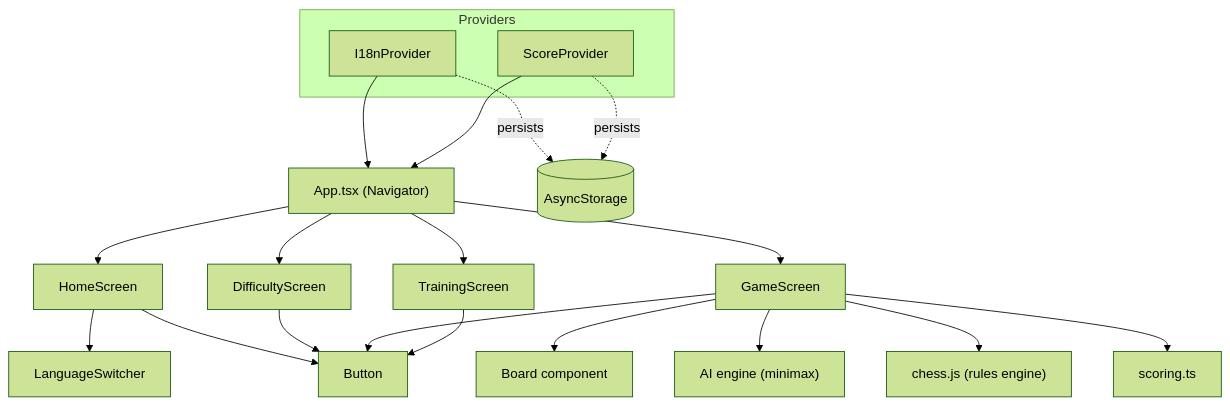
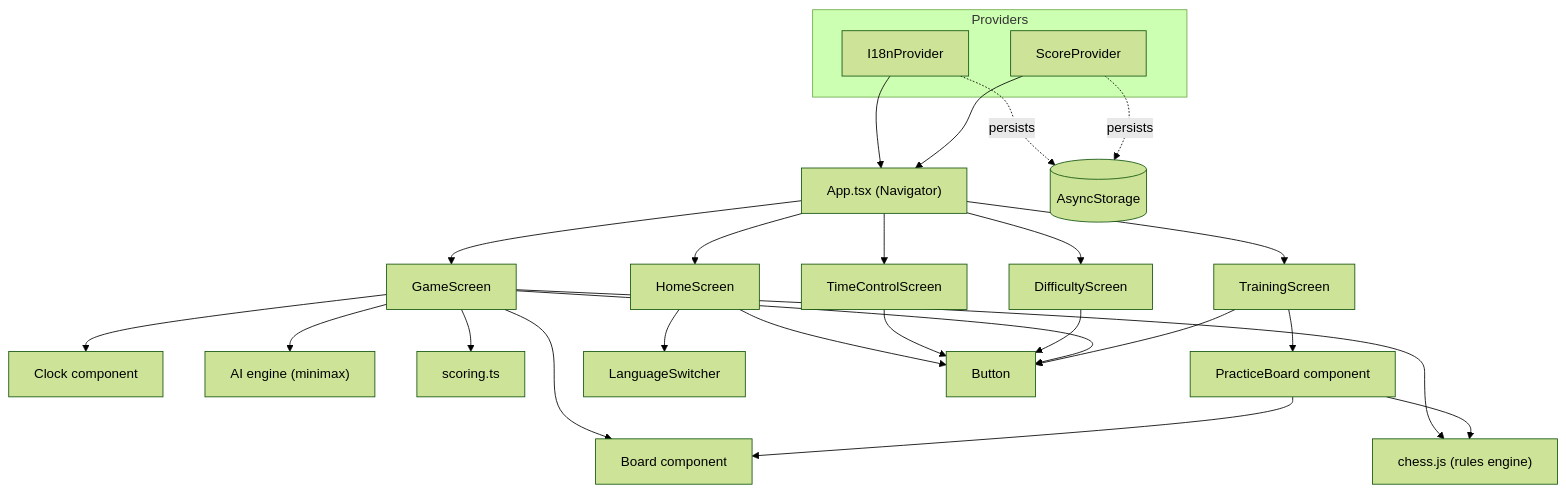
One commit to Kenyaragao/ChessMaster changed the first of 3 diagrams in docs/ARCHITECTURE.md. Above: the diagram before and after it, drawn with Mermaid (forest theme). The commit also changed other lines of this file and 5 other files, not shown here.

````diff
--- a/docs/ARCHITECTURE.md
+++ b/docs/ARCHITECTURE.md
@@ -18,29 +18,36 @@
 ```mermaid
 flowchart TD
     App["App.tsx (Navigator)"] --> Home[HomeScreen]
+    App --> TimeCtl[TimeControlScreen]
     App --> Diff[DifficultyScreen]
     App --> Game[GameScreen]
     App --> Train[TrainingScreen]
 
     subgraph Providers
       I18n[I18nProvider]
       Score[ScoreProvider]
     end
 
     I18n --> App
     Score --> App
 
     Game --> Board[Board component]
+    Game --> Clock[Clock component]
     Game --> Engine["AI engine (minimax)"]
     Game --> ChessJS["chess.js (rules engine)"]
     Game --> ScoringUtil["scoring.ts"]
 
+    Train --> Practice[PracticeBoard component]
+    Practice --> Board
+    Practice --> ChessJS
+
     Home --> LangSwitch[LanguageSwitcher]
     Home --> Btn[Button]
+    TimeCtl --> Btn
     Diff --> Btn
     Game --> Btn
     Train --> Btn
 
     I18n -. persists .-> Storage[(AsyncStorage)]
     Score -. persists .-> Storage
 ```
````
